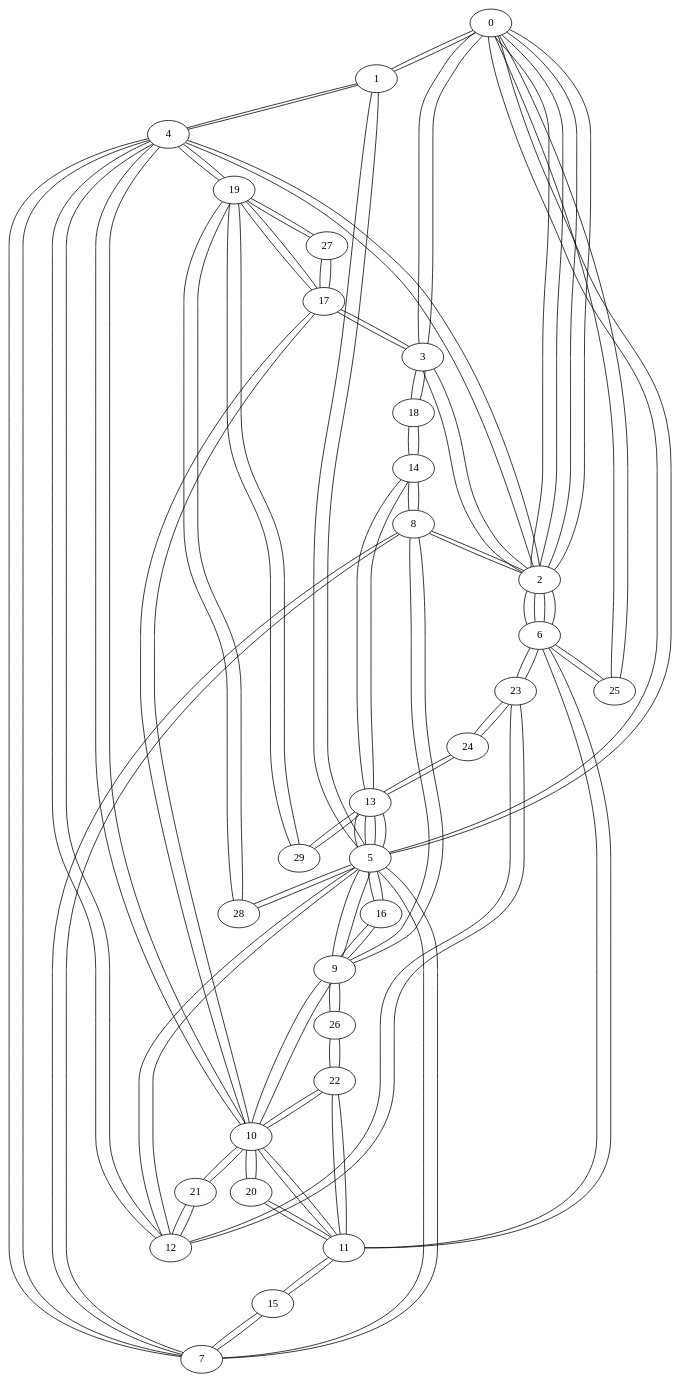
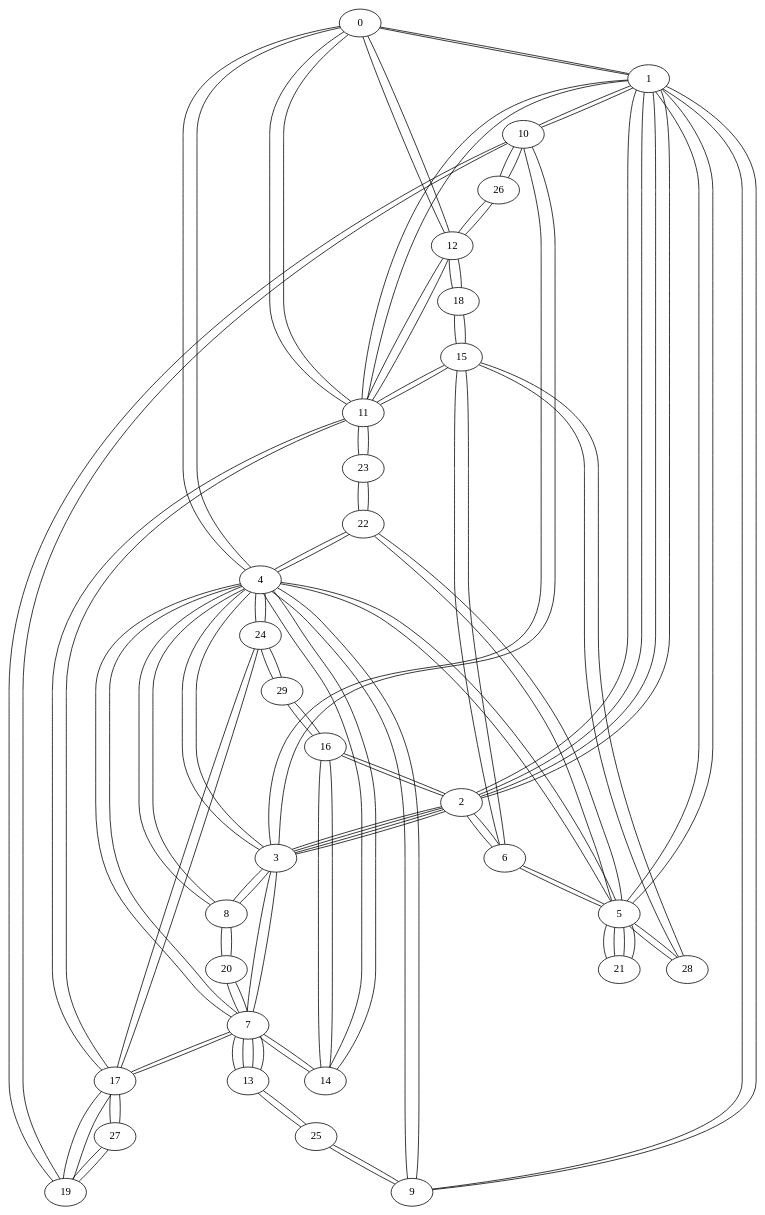
One commit to GusRojas/Grafos2DAA_A24 changed the diagram in grafo_barabasi30.gv. Above: the diagram before and after it, drawn with Graphviz. The commit also changed 12 other files, not shown here.

```diff
--- a/grafo_barabasi30.gv
+++ b/grafo_barabasi30.gv
@@ -1,116 +1,116 @@
 graph {
   0 -- 1;
-  0 -- 2;
-  0 -- 2;
-  0 -- 3;
-  0 -- 5;
-  0 -- 25;
+  0 -- 4;
+  0 -- 11;
+  0 -- 12;
   1 -- 0;
-  1 -- 4;
+  1 -- 2;
+  1 -- 2;
   1 -- 5;
-  2 -- 0;
-  2 -- 0;
+  1 -- 9;
+  1 -- 10;
+  1 -- 11;
+  2 -- 1;
+  2 -- 1;
   2 -- 3;
-  2 -- 4;
+  2 -- 3;
   2 -- 6;
-  2 -- 6;
-  2 -- 8;
-  3 -- 0;
+  2 -- 16;
   3 -- 2;
-  3 -- 17;
-  3 -- 18;
-  4 -- 1;
-  4 -- 2;
+  3 -- 2;
+  3 -- 4;
+  3 -- 7;
+  3 -- 8;
+  3 -- 10;
+  4 -- 0;
+  4 -- 3;
+  4 -- 5;
   4 -- 7;
-  4 -- 10;
-  4 -- 12;
-  4 -- 19;
+  4 -- 8;
+  4 -- 9;
+  4 -- 14;
+  4 -- 22;
+  4 -- 24;
   5 -- 1;
-  5 -- 0;
-  5 -- 7;
-  5 -- 9;
-  5 -- 12;
-  5 -- 13;
-  5 -- 13;
-  5 -- 16;
+  5 -- 4;
+  5 -- 6;
+  5 -- 21;
+  5 -- 21;
+  5 -- 22;
   5 -- 28;
+  6 -- 5;
   6 -- 2;
-  6 -- 2;
-  6 -- 11;
-  6 -- 23;
-  6 -- 25;
-  7 -- 5;
+  6 -- 15;
   7 -- 4;
-  7 -- 8;
-  7 -- 15;
-  8 -- 7;
-  8 -- 2;
-  8 -- 9;
-  8 -- 14;
-  9 -- 8;
-  9 -- 5;
-  9 -- 10;
-  9 -- 16;
-  9 -- 26;
-  10 -- 9;
-  10 -- 4;
-  10 -- 11;
-  10 -- 17;
-  10 -- 20;
-  10 -- 21;
-  10 -- 22;
-  11 -- 10;
-  11 -- 6;
+  7 -- 3;
+  7 -- 13;
+  7 -- 13;
+  7 -- 14;
+  7 -- 17;
+  7 -- 20;
+  8 -- 3;
+  8 -- 4;
+  8 -- 20;
+  9 -- 4;
+  9 -- 1;
+  9 -- 25;
+  10 -- 3;
+  10 -- 1;
+  10 -- 19;
+  10 -- 26;
+  11 -- 1;
+  11 -- 0;
+  11 -- 12;
   11 -- 15;
-  11 -- 20;
-  11 -- 22;
-  12 -- 4;
-  12 -- 5;
-  12 -- 21;
-  12 -- 23;
-  13 -- 5;
-  13 -- 5;
-  13 -- 14;
-  13 -- 24;
-  13 -- 29;
-  14 -- 8;
-  14 -- 13;
-  14 -- 18;
-  15 -- 7;
+  11 -- 17;
+  11 -- 23;
+  12 -- 11;
+  12 -- 0;
+  12 -- 18;
+  12 -- 26;
+  13 -- 7;
+  13 -- 7;
+  13 -- 25;
+  14 -- 4;
+  14 -- 7;
+  14 -- 16;
   15 -- 11;
-  16 -- 9;
-  16 -- 5;
-  17 -- 3;
-  17 -- 10;
+  15 -- 6;
+  15 -- 18;
+  15 -- 28;
+  16 -- 14;
+  16 -- 2;
+  16 -- 29;
+  17 -- 11;
+  17 -- 7;
   17 -- 19;
+  17 -- 24;
   17 -- 27;
-  18 -- 14;
-  18 -- 3;
+  18 -- 15;
+  18 -- 12;
+  19 -- 10;
   19 -- 17;
-  19 -- 4;
   19 -- 27;
-  19 -- 28;
-  19 -- 29;
-  20 -- 10;
-  20 -- 11;
-  21 -- 12;
-  21 -- 10;
-  22 -- 11;
-  22 -- 10;
-  22 -- 26;
-  23 -- 6;
-  23 -- 12;
-  23 -- 24;
-  24 -- 13;
-  24 -- 23;
-  25 -- 6;
-  25 -- 0;
-  26 -- 9;
-  26 -- 22;
+  20 -- 7;
+  20 -- 8;
+  21 -- 5;
+  21 -- 5;
+  22 -- 5;
+  22 -- 4;
+  22 -- 23;
+  23 -- 11;
+  23 -- 22;
+  24 -- 4;
+  24 -- 17;
+  24 -- 29;
+  25 -- 13;
+  25 -- 9;
+  26 -- 12;
+  26 -- 10;
   27 -- 17;
   27 -- 19;
-  28 -- 19;
+  28 -- 15;
   28 -- 5;
-  29 -- 19;
-  29 -- 13;
+  29 -- 16;
+  29 -- 24;
 }
```
